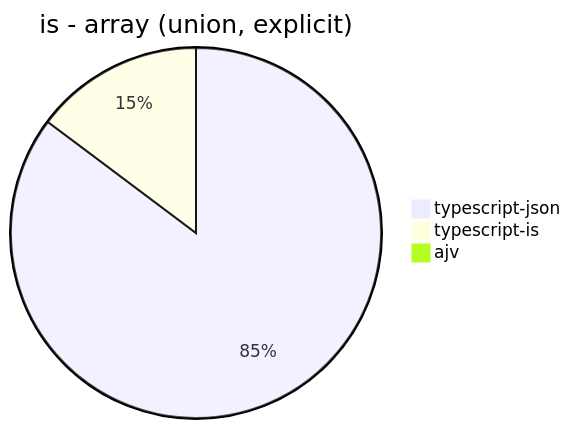
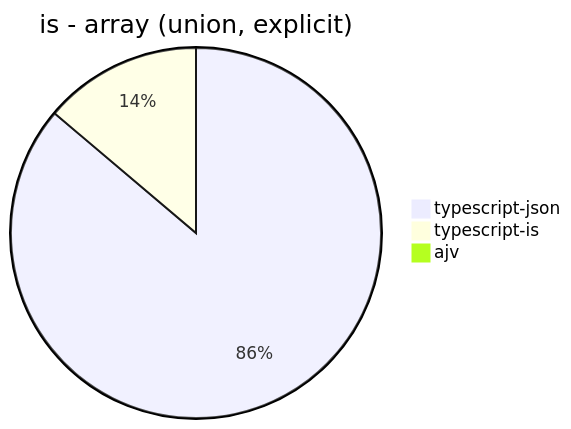
Diagram 12 of 30 in benchmark/results/Intel(R) Core(TM) i7-6700 CPU @ 3.40GHz.md (neklan1205/typescript-json), drawn with Mermaid before and after one commit. The commit also changed other lines of this file, not shown here.

````diff
--- a/benchmark/results/Intel(R) Core(TM) i7-6700 CPU @ 3.40GHz.md
+++ b/benchmark/results/Intel(R) Core(TM) i7-6700 CPU @ 3.40GHz.md
@@ -117,6 +117,6 @@
 ```mermaid
 pie title is - array (union, explicit)
-  "typescript-json": 4148.296593186373
-  "typescript-is": 718.645948945616
+  "typescript-json": 4187.904967602592
+  "typescript-is": 671.7780840799448
   "ajv": 0
 ```
````
